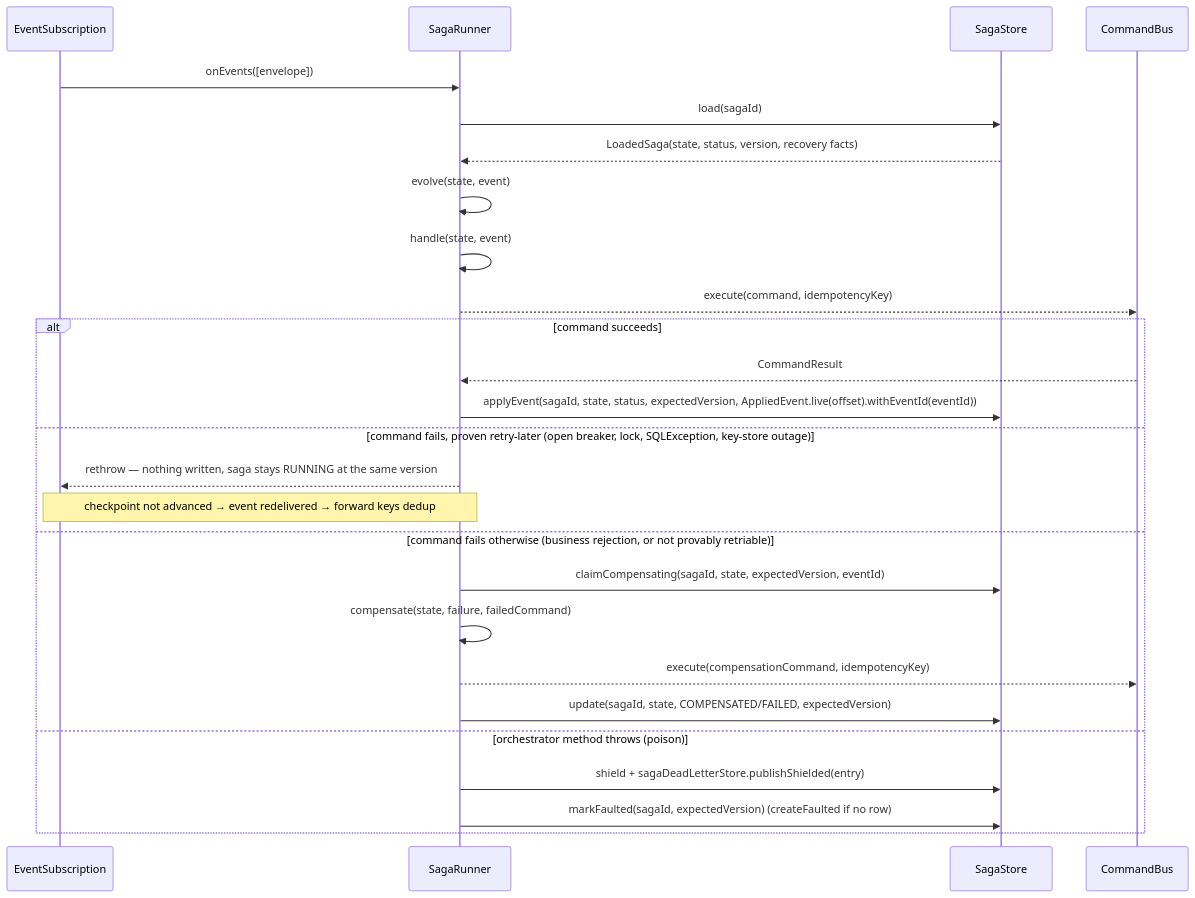
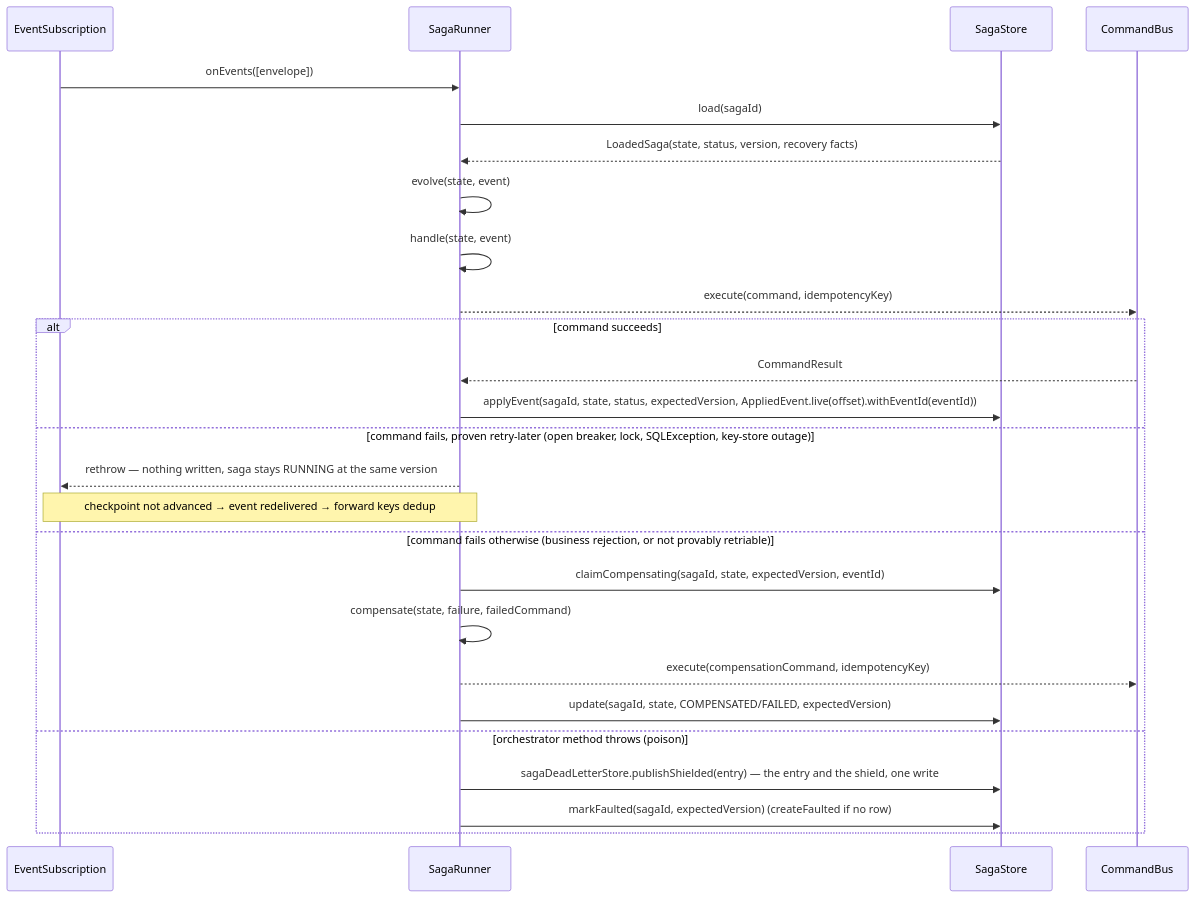
Before and after one commit to StreamRune/streamrune: the diagram in docs/guide/advanced/saga.md, drawn with Mermaid. The commit also changed other lines of this file and 46 other files, not shown here.

First line of the commit message:
fix(saga): a hold keeps the poison's dead-letter cause; a crash or a stale row cannot misplace a fault (#128)

````diff
--- a/docs/guide/advanced/saga.md
+++ b/docs/guide/advanced/saga.md
@@ -44,29 +44,29 @@
 ```mermaid
 sequenceDiagram
     participant Sub as EventSubscription
     participant Runner as SagaRunner
     participant Store as SagaStore
     participant Bus as CommandBus
 
     Sub->>Runner: onEvents([envelope])
     Runner->>Store: load(sagaId)
     Store-->>Runner: LoadedSaga(state, status, version, recovery facts)
     Runner->>Runner: evolve(state, event)
     Runner->>Runner: handle(state, event)
     Runner-->>Bus: execute(command, idempotencyKey)
     alt command succeeds
         Bus-->>Runner: CommandResult
         Runner->>Store: applyEvent(sagaId, state, status, expectedVersion, AppliedEvent.live(offset).withEventId(eventId))
     else command fails, proven retry-later (open breaker, lock, SQLException, key-store outage)
         Runner-->>Sub: rethrow — nothing written, saga stays RUNNING at the same version
         Note over Sub,Runner: checkpoint not advanced → event redelivered → forward keys dedup
     else command fails otherwise (business rejection, or not provably retriable)
         Runner->>Store: claimCompensating(sagaId, state, expectedVersion, eventId)
         Runner->>Runner: compensate(state, failure, failedCommand)
         Runner-->>Bus: execute(compensationCommand, idempotencyKey)
         Runner->>Store: update(sagaId, state, COMPENSATED/FAILED, expectedVersion)
     else orchestrator method throws (poison)
-        Runner->>Store: shield + sagaDeadLetterStore.publishShielded(entry)
+        Runner->>Store: sagaDeadLetterStore.publishShielded(entry) — the entry and the shield, one write
         Runner->>Store: markFaulted(sagaId, expectedVersion) (createFaulted if no row)
     end
 ```
````
